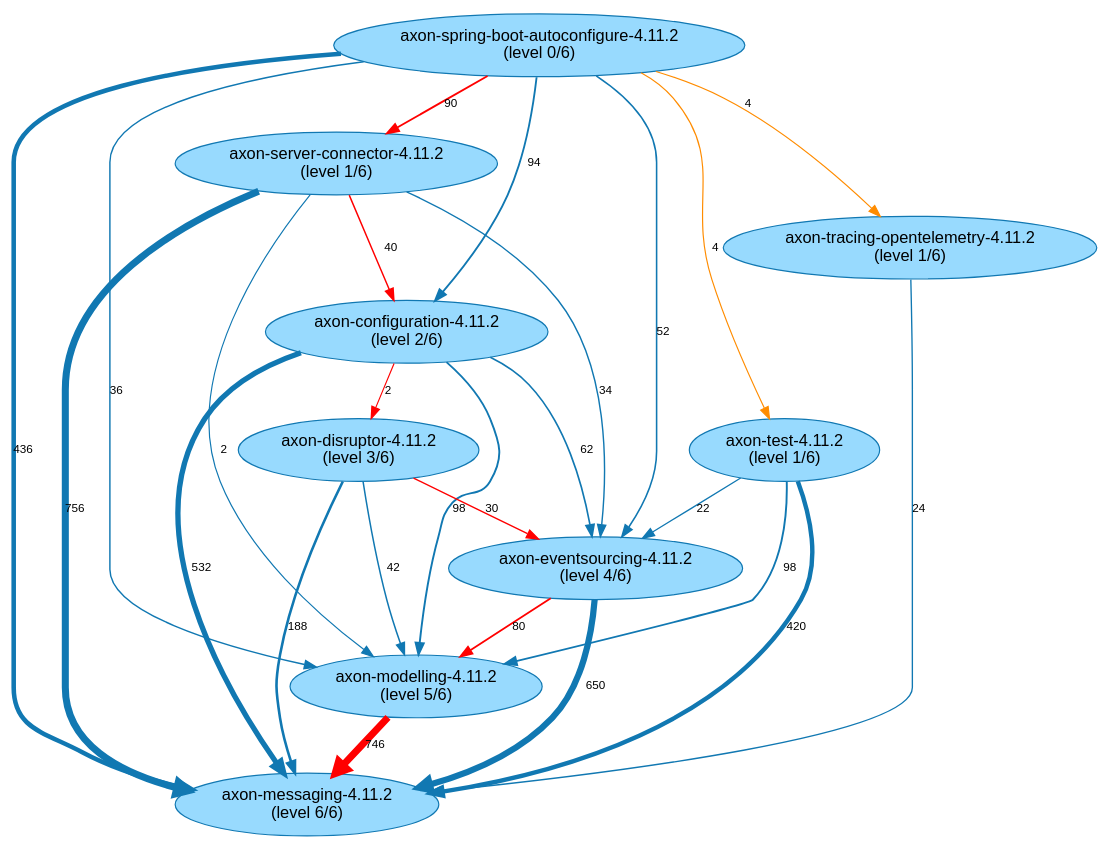
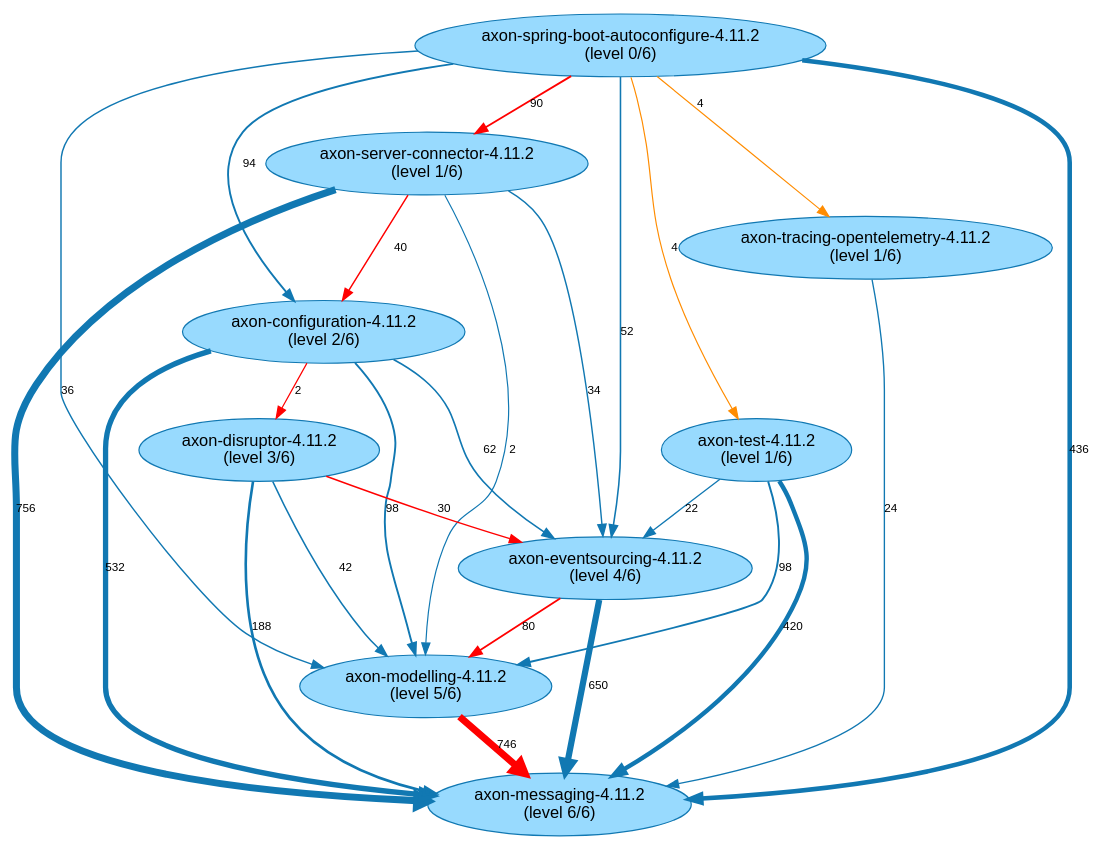
Before and after one commit to JohT/code-graph-analysis-examples: the diagram in analysis-results/AxonFramework/latest/path-finding-visualization/JavaArtifactLongestPaths.gv, drawn with Graphviz. The commit also changed other lines of this file and 449 other files, not shown here.

```diff
--- a/analysis-results/AxonFramework/latest/path-finding-visualization/JavaArtifactLongestPaths.gv
+++ b/analysis-results/AxonFramework/latest/path-finding-visualization/JavaArtifactLongestPaths.gv
@@ -1,37 +1,37 @@
 // This GraphViz dot file was generated by the script convertQueryResultCsvToGraphVizDotFile.sh with default.template
 
 strict digraph JavaArtifactLongestPaths {
     fontname = "Helvetica,Arial,sans-serif";
     node [fontname = "Helvetica,Arial,sans-serif";];
     edge [fontname = "Helvetica,Arial,sans-serif"; fontsize = 10;];
     node [style = filled; fillcolor = "0.560 0.400 0.999";];
     node [color = "0.560 0.900 0.700";];
     edge [color = "0.560 0.900 0.700";];
+	"axon-server-connector-4.11.2\n(level 1/6)" -> "axon-messaging-4.11.2\n(level 6/6)" [label=756; penwidth=6.0; ];
+	"axon-server-connector-4.11.2\n(level 1/6)" -> "axon-eventsourcing-4.11.2\n(level 4/6)" [label=34; penwidth=1.21; ];
+	"axon-server-connector-4.11.2\n(level 1/6)" -> "axon-configuration-4.11.2\n(level 2/6)" [label=40; penwidth=1.25; color="red"; ];
+	"axon-server-connector-4.11.2\n(level 1/6)" -> "axon-modelling-4.11.2\n(level 5/6)" [label=2; penwidth=1.0; ];
+	"axon-tracing-opentelemetry-4.11.2\n(level 1/6)" -> "axon-messaging-4.11.2\n(level 6/6)" [label=24; penwidth=1.15; ];
+	"axon-modelling-4.11.2\n(level 5/6)" -> "axon-messaging-4.11.2\n(level 6/6)" [label=746; penwidth=5.93; color="red"; ];
+	"axon-eventsourcing-4.11.2\n(level 4/6)" -> "axon-messaging-4.11.2\n(level 6/6)" [label=650; penwidth=5.3; ];
+	"axon-eventsourcing-4.11.2\n(level 4/6)" -> "axon-modelling-4.11.2\n(level 5/6)" [label=80; penwidth=1.52; color="red"; ];
+	"axon-configuration-4.11.2\n(level 2/6)" -> "axon-messaging-4.11.2\n(level 6/6)" [label=532; penwidth=4.51; ];
+	"axon-configuration-4.11.2\n(level 2/6)" -> "axon-eventsourcing-4.11.2\n(level 4/6)" [label=62; penwidth=1.4; ];
+	"axon-configuration-4.11.2\n(level 2/6)" -> "axon-modelling-4.11.2\n(level 5/6)" [label=98; penwidth=1.64; ];
+	"axon-configuration-4.11.2\n(level 2/6)" -> "axon-disruptor-4.11.2\n(level 3/6)" [label=2; penwidth=1.0; color="red"; ];
+	"axon-spring-boot-autoconfigure-4.11.2\n(level 0/6)" -> "axon-configuration-4.11.2\n(level 2/6)" [label=94; penwidth=1.61; ];
+	"axon-spring-boot-autoconfigure-4.11.2\n(level 0/6)" -> "axon-messaging-4.11.2\n(level 6/6)" [label=436; penwidth=3.88; ];
 	"axon-spring-boot-autoconfigure-4.11.2\n(level 0/6)" -> "axon-server-connector-4.11.2\n(level 1/6)" [label=90; penwidth=1.58; color="red"; ];
-	"axon-spring-boot-autoconfigure-4.11.2\n(level 0/6)" -> "axon-messaging-4.11.2\n(level 6/6)" [label=436; penwidth=3.88; ];
-	"axon-spring-boot-autoconfigure-4.11.2\n(level 0/6)" -> "axon-configuration-4.11.2\n(level 2/6)" [label=94; penwidth=1.61; ];
 	"axon-spring-boot-autoconfigure-4.11.2\n(level 0/6)" -> "axon-eventsourcing-4.11.2\n(level 4/6)" [label=52; penwidth=1.33; ];
+	"axon-spring-boot-autoconfigure-4.11.2\n(level 0/6)" -> "axon-test-4.11.2\n(level 1/6)" [label=4; penwidth=1.01; ];
 	"axon-spring-boot-autoconfigure-4.11.2\n(level 0/6)" -> "axon-modelling-4.11.2\n(level 5/6)" [label=36; penwidth=1.23; ];
 	"axon-spring-boot-autoconfigure-4.11.2\n(level 0/6)" -> "axon-tracing-opentelemetry-4.11.2\n(level 1/6)" [label=4; penwidth=1.01; ];
-	"axon-spring-boot-autoconfigure-4.11.2\n(level 0/6)" -> "axon-test-4.11.2\n(level 1/6)" [label=4; penwidth=1.01; ];
+	"axon-disruptor-4.11.2\n(level 3/6)" -> "axon-eventsourcing-4.11.2\n(level 4/6)" [label=30; penwidth=1.19; color="red"; ];
+	"axon-disruptor-4.11.2\n(level 3/6)" -> "axon-messaging-4.11.2\n(level 6/6)" [label=188; penwidth=2.23; ];
+	"axon-disruptor-4.11.2\n(level 3/6)" -> "axon-modelling-4.11.2\n(level 5/6)" [label=42; penwidth=1.27; ];
+	"axon-test-4.11.2\n(level 1/6)" -> "axon-messaging-4.11.2\n(level 6/6)" [label=420; penwidth=3.77; ];
 	"axon-test-4.11.2\n(level 1/6)" -> "axon-eventsourcing-4.11.2\n(level 4/6)" [label=22; penwidth=1.13; ];
 	"axon-test-4.11.2\n(level 1/6)" -> "axon-modelling-4.11.2\n(level 5/6)" [label=98; penwidth=1.64; ];
-	"axon-test-4.11.2\n(level 1/6)" -> "axon-messaging-4.11.2\n(level 6/6)" [label=420; penwidth=3.77; ];
-	"axon-configuration-4.11.2\n(level 2/6)" -> "axon-modelling-4.11.2\n(level 5/6)" [label=98; penwidth=1.64; ];
-	"axon-configuration-4.11.2\n(level 2/6)" -> "axon-messaging-4.11.2\n(level 6/6)" [label=532; penwidth=4.51; ];
-	"axon-configuration-4.11.2\n(level 2/6)" -> "axon-eventsourcing-4.11.2\n(level 4/6)" [label=62; penwidth=1.4; ];
-	"axon-configuration-4.11.2\n(level 2/6)" -> "axon-disruptor-4.11.2\n(level 3/6)" [label=2; penwidth=1.0; color="red"; ];
-	"axon-eventsourcing-4.11.2\n(level 4/6)" -> "axon-messaging-4.11.2\n(level 6/6)" [label=650; penwidth=5.3; ];
-	"axon-eventsourcing-4.11.2\n(level 4/6)" -> "axon-modelling-4.11.2\n(level 5/6)" [label=80; penwidth=1.52; color="red"; ];
-	"axon-server-connector-4.11.2\n(level 1/6)" -> "axon-messaging-4.11.2\n(level 6/6)" [label=756; penwidth=6.0; ];
-	"axon-server-connector-4.11.2\n(level 1/6)" -> "axon-configuration-4.11.2\n(level 2/6)" [label=40; penwidth=1.25; color="red"; ];
-	"axon-server-connector-4.11.2\n(level 1/6)" -> "axon-eventsourcing-4.11.2\n(level 4/6)" [label=34; penwidth=1.21; ];
-	"axon-server-connector-4.11.2\n(level 1/6)" -> "axon-modelling-4.11.2\n(level 5/6)" [label=2; penwidth=1.0; ];
-	"axon-disruptor-4.11.2\n(level 3/6)" -> "axon-modelling-4.11.2\n(level 5/6)" [label=42; penwidth=1.27; ];
-	"axon-disruptor-4.11.2\n(level 3/6)" -> "axon-eventsourcing-4.11.2\n(level 4/6)" [label=30; penwidth=1.19; color="red"; ];
-	"axon-disruptor-4.11.2\n(level 3/6)" -> "axon-messaging-4.11.2\n(level 6/6)" [label=188; penwidth=2.23; ];
-	"axon-tracing-opentelemetry-4.11.2\n(level 1/6)" -> "axon-messaging-4.11.2\n(level 6/6)" [label=24; penwidth=1.15; ];
-	"axon-modelling-4.11.2\n(level 5/6)" -> "axon-messaging-4.11.2\n(level 6/6)" [label=746; penwidth=5.93; color="red"; ];
+	"axon-spring-boot-autoconfigure-4.11.2\n(level 0/6)" -> "axon-tracing-opentelemetry-4.11.2\n(level 1/6)" [label=4; penwidth=1.01; color="darkorange"; ];
 	"axon-spring-boot-autoconfigure-4.11.2\n(level 0/6)" -> "axon-test-4.11.2\n(level 1/6)" [label=4; penwidth=1.01; color="darkorange"; ];
-	"axon-spring-boot-autoconfigure-4.11.2\n(level 0/6)" -> "axon-tracing-opentelemetry-4.11.2\n(level 1/6)" [label=4; penwidth=1.01; color="darkorange"; ];
 }
```
